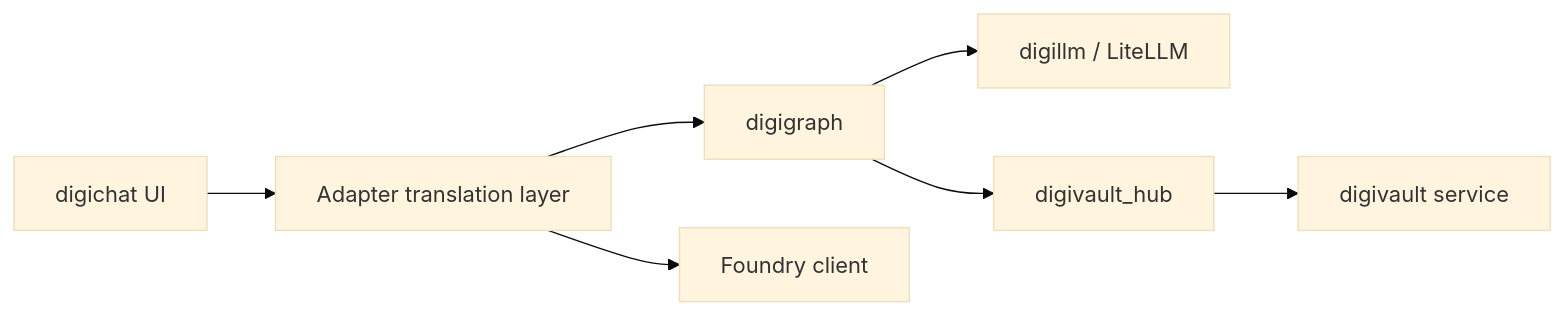
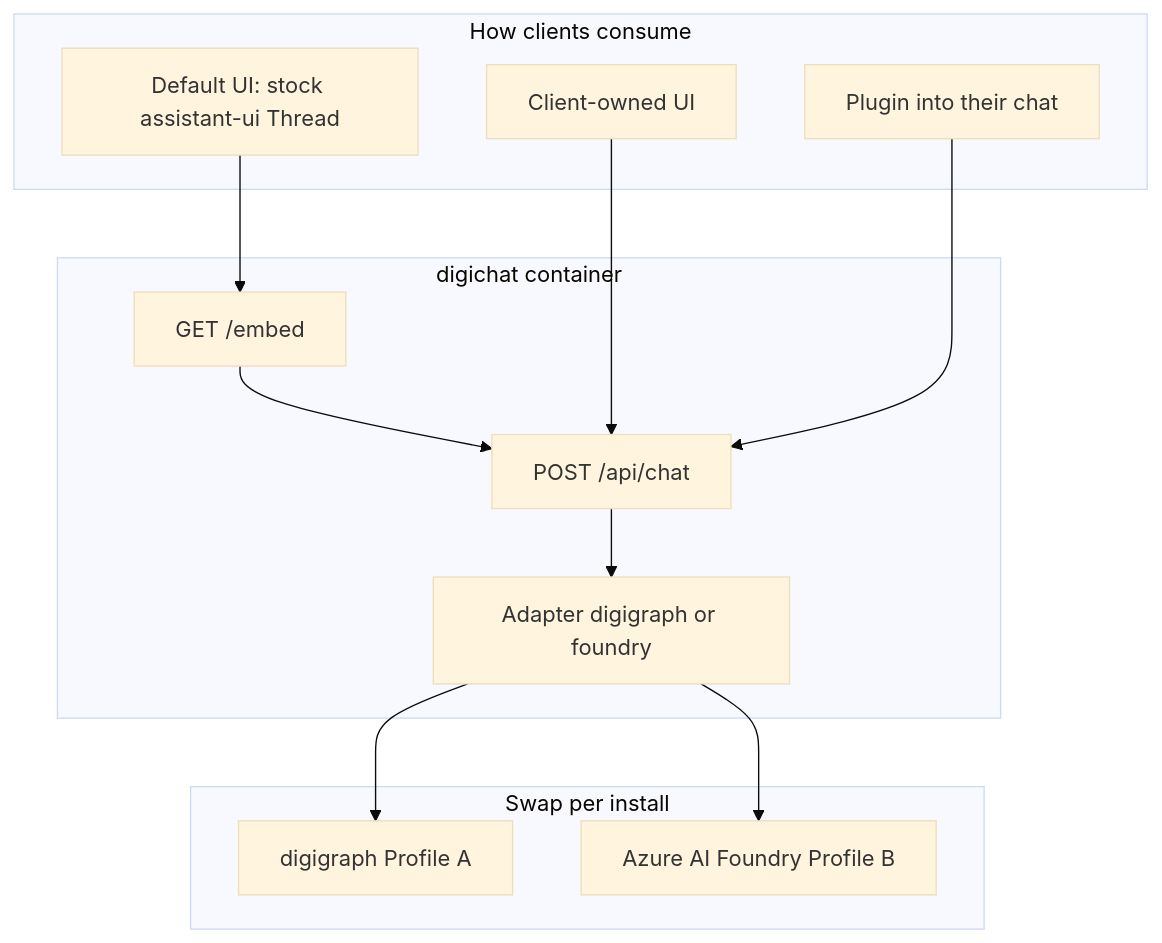
Before and after one commit to digithings-ai/digithings: the diagram in docs/architecture/digichat-modular-frontend.md, drawn with Mermaid (base theme). The commit also changed other lines of this file and 4518 other files, not shown here.

````diff
--- a/docs/architecture/digichat-modular-frontend.md
+++ b/docs/architecture/digichat-modular-frontend.md
@@ -31,11 +42,24 @@
 ```mermaid
-flowchart LR
-  UI["digichat UI"]
-  Adapters["Adapter translation layer"]
-  UI --> Adapters
-  Adapters --> DG["digigraph"]
-  Adapters --> Foundry["Foundry client"]
-  DG --> digillmNode["digillm / LiteLLM"]
-  DG --> VaultHub["digivault_hub"]
-  VaultHub --> digivaultNode["digivault service"]
+flowchart TB
+  subgraph consume [How clients consume]
+    appUI["Default UI: stock assistant-ui Thread"]
+    ownUI["Client-owned UI"]
+    plugin["Plugin into their chat"]
+  end
+  subgraph digichat [digichat container]
+    embed["GET /embed"]
+    bff["POST /api/chat"]
+    adapters["Adapter digigraph or foundry"]
+    embed --> bff
+    bff --> adapters
+  end
+  subgraph backends [Swap per install]
+    dg["digigraph Profile A"]
+    foundry["Azure AI Foundry Profile B"]
+  end
+  appUI --> embed
+  ownUI --> bff
+  plugin --> bff
+  adapters --> dg
+  adapters --> foundry
 ```
````
